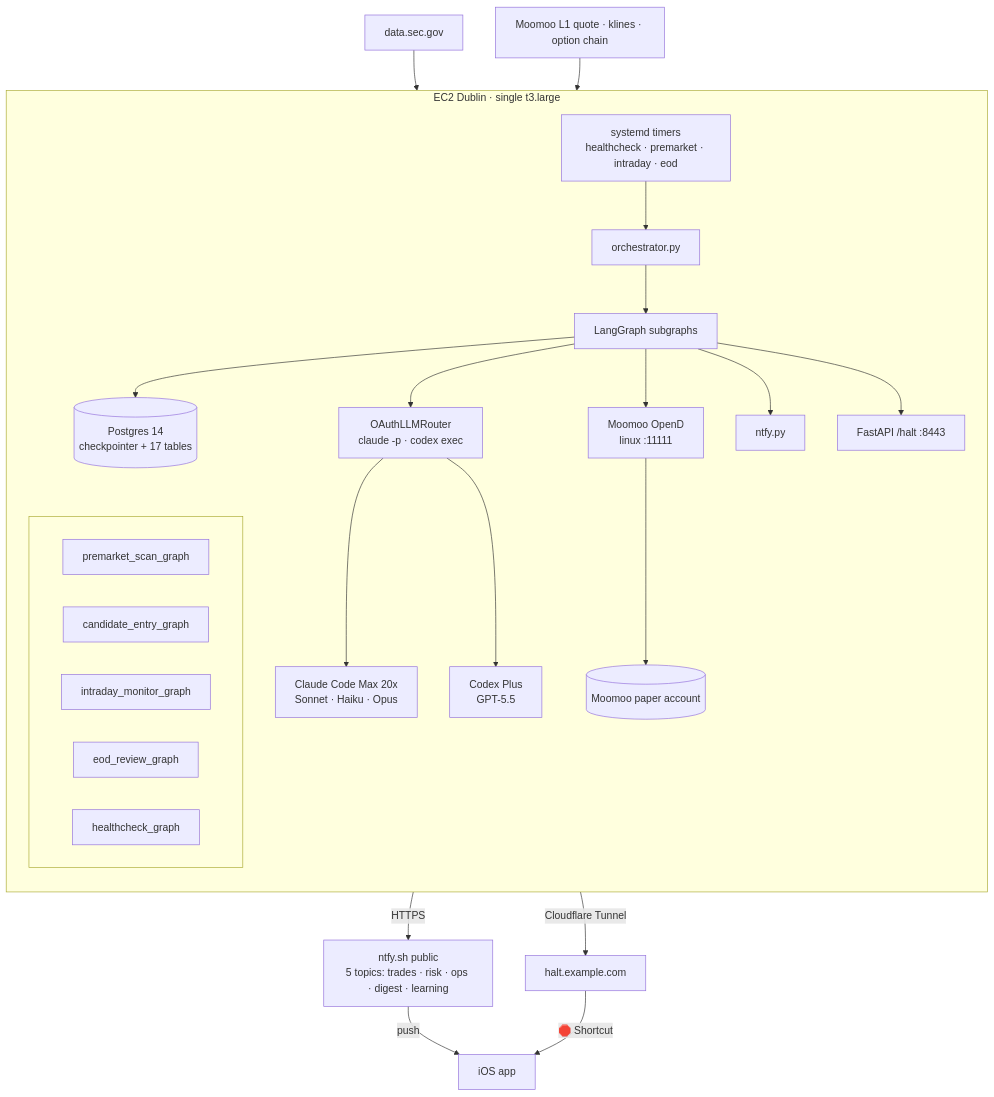
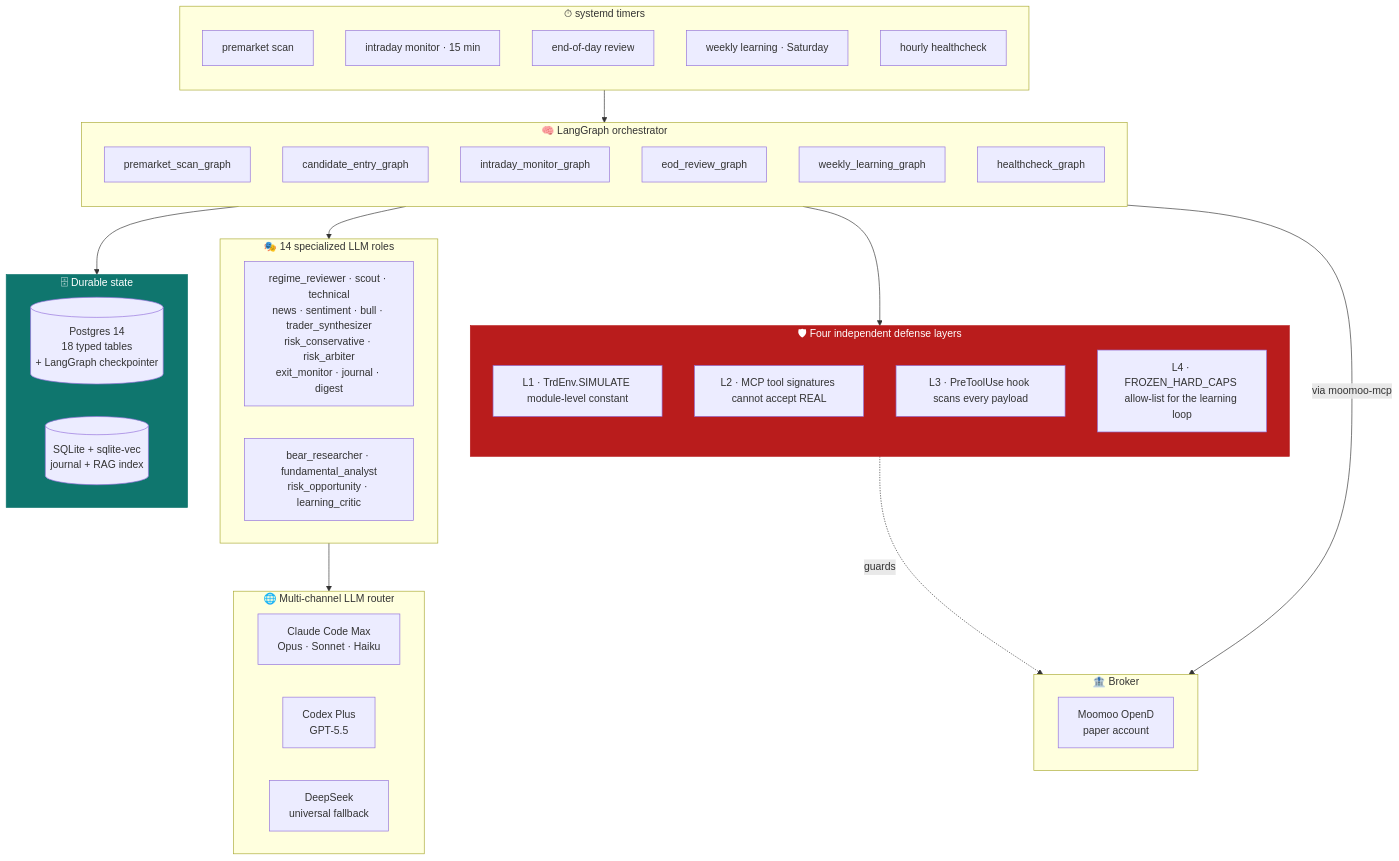
The first of 3 diagrams in README.md (zjzJoez/trading-agent), drawn with Mermaid before and after one commit. The commit also changed other lines of this file and 1 other file, not shown here.

````diff
--- a/README.md
+++ b/README.md
@@ -124,37 +75,65 @@
 ```mermaid
 flowchart TB
-    subgraph EC2["EC2 Dublin · single t3.large"]
+    subgraph TIMERS["⏱  systemd timers"]
         direction TB
-        SD["systemd timers<br/>healthcheck · premarket · intraday · eod"]
-        SD --> ORCH[orchestrator.py]
-        ORCH --> LG[LangGraph subgraphs]
-
-        subgraph LG_INNER[" "]
-            direction LR
-            G1[premarket_scan_graph]
-            G2[candidate_entry_graph]
-            G3[intraday_monitor_graph]
-            G4[eod_review_graph]
-            G5[healthcheck_graph]
-        end
-
-        LG --> CKP[(Postgres 14<br/>checkpointer + 17 tables)]
-        LG --> ROUTER[OAuthLLMRouter<br/>claude -p · codex exec]
-        ROUTER --> CLAUDE[Claude Code Max 20x<br/>Sonnet · Haiku · Opus]
-        ROUTER --> CODEX[Codex Plus<br/>GPT-5.5]
-
-        LG --> OPEND[Moomoo OpenD<br/>linux :11111]
-        OPEND --> BROKER[(Moomoo paper account)]
-
-        LG --> NTFY[ntfy.py]
-        LG --> HALT[FastAPI /halt :8443]
+        T1[premarket scan]
+        T2[intraday monitor · 15 min]
+        T3[end-of-day review]
+        T4[weekly learning · Saturday]
+        T5[hourly healthcheck]
     end
 
-    NTFY -->|HTTPS| NTFYSH[ntfy.sh public<br/>5 topics: trades · risk · ops · digest · learning]
-    HALT -->|Cloudflare Tunnel| CF[halt.example.com]
-    NTFYSH -->|push| IOS[iOS app]
-    CF -->|🛑 Shortcut| IOS
+    subgraph ORCH["🧠  LangGraph orchestrator"]
+        direction TB
+        G1[premarket_scan_graph]
+        G2[candidate_entry_graph]
+        G3[intraday_monitor_graph]
+        G4[eod_review_graph]
+        G5[weekly_learning_graph]
+        G6[healthcheck_graph]
+    end
 
-    SEC[data.sec.gov] --> LG
-    YF[Moomoo L1 quote · klines · option chain] --> LG
+    subgraph AGENTS["🎭  14 specialized LLM roles"]
+        direction LR
+        A1["regime_reviewer · scout · technical<br/>news · sentiment · bull · trader_synthesizer<br/>risk_conservative · risk_arbiter<br/>exit_monitor · journal · digest"]
+        A2["bear_researcher · fundamental_analyst<br/>risk_opportunity · learning_critic"]
+    end
+
+    subgraph LLM["🌐  Multi-channel LLM router"]
+        direction LR
+        L1[Claude Code Max<br/>Opus · Sonnet · Haiku]
+        L2[Codex Plus<br/>GPT-5.5]
+        L3[DeepSeek<br/>universal fallback]
+    end
+
+    subgraph SAFETY["🛡  Four independent defense layers"]
+        direction TB
+        S1[L1 · TrdEnv.SIMULATE module-level constant]
+        S2[L2 · MCP tool signatures cannot accept REAL]
+        S3[L3 · PreToolUse hook scans every payload]
+        S4[L4 · FROZEN_HARD_CAPS allow-list for the learning loop]
+    end
+
+    subgraph STATE["🗄  Durable state"]
+        direction LR
+        D1[(Postgres 14<br/>18 typed tables<br/>+ LangGraph checkpointer)]
+        D2[(SQLite + sqlite-vec<br/>journal + RAG index)]
+    end
+
+    subgraph BROKER["🏦  Broker"]
+        B1[Moomoo OpenD<br/>paper account]
+    end
+
+    TIMERS --> ORCH
+    ORCH --> AGENTS
+    ORCH --> SAFETY
+    AGENTS --> LLM
+    ORCH --> STATE
+    SAFETY -.guards.-> BROKER
+    ORCH -->|via moomoo-mcp| BROKER
+
+    classDef teal fill:#0f766e,stroke:#0f766e,color:#fff
+    classDef red fill:#b91c1c,stroke:#b91c1c,color:#fff
+    class SAFETY red
+    class STATE teal
 ```
````
